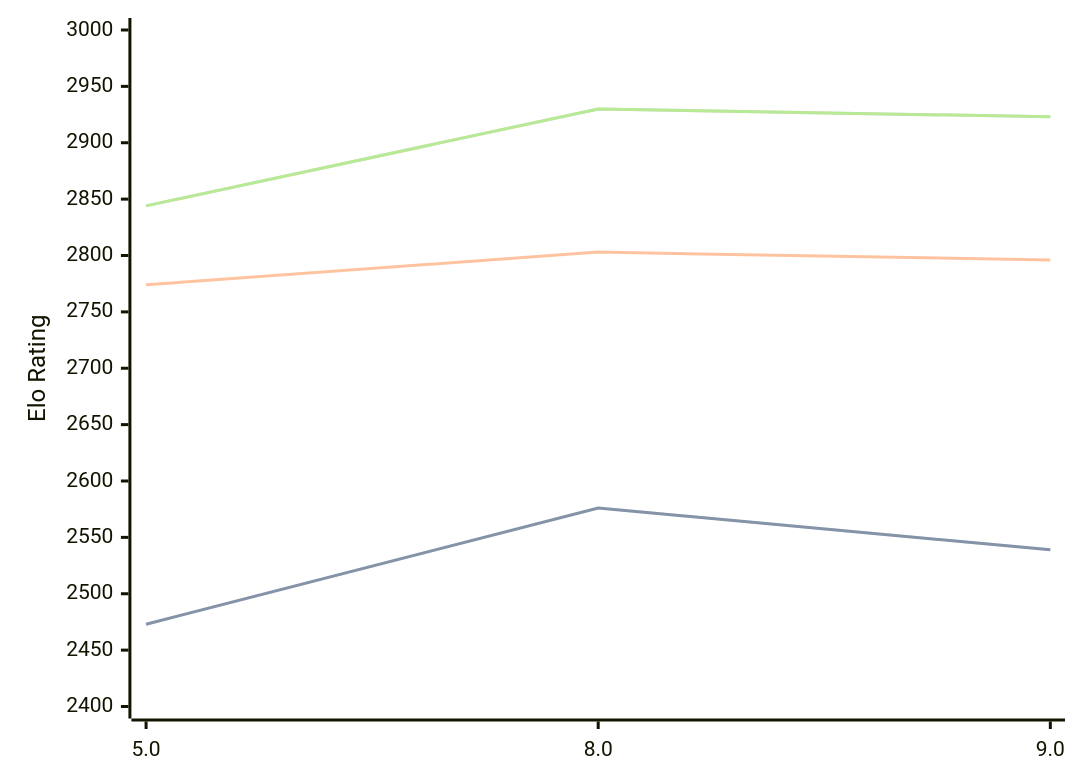
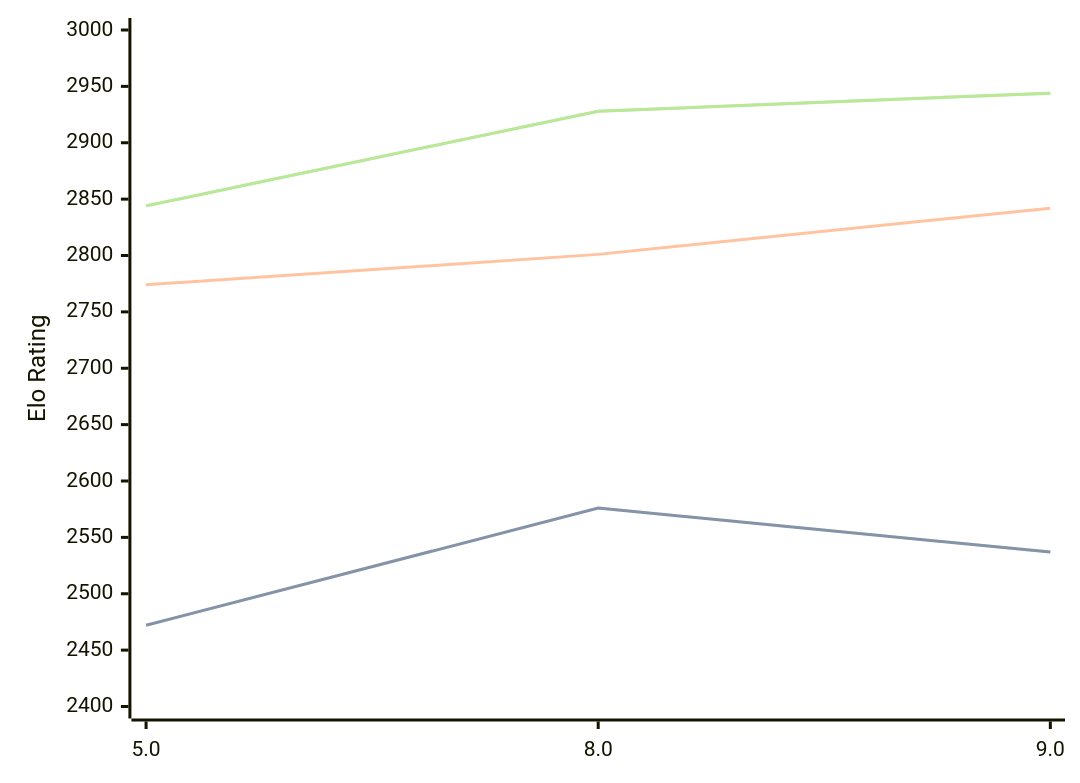
Before and after one commit to computer-chess-index/cci: the diagram in engines/4kc.md, drawn with Mermaid. The commit also changed other lines of this file, not shown here.

Commit message:
Update CCI Ratings (ELO VLTC) - 2026-06-10

````diff
--- a/engines/4kc.md
+++ b/engines/4kc.md
@@ -42,11 +42,11 @@
 ```mermaid
 %%{init: {"theme":"base","themeVariables":{"seriesColors:['#a3a3a3','#222221','#faa371']}}}%%
 xychart-beta
   x-axis ["5.0", "8.0", "9.0"]
   y-axis "Elo Rating" 2400 --> 3000
-  line "STC (8.0+0.08s)" [2473, 2576, 2539]
-  line "STC (8.0+0.08s)" [2473, 2576, 2539]
-  line "LTC (60.0+0.60s)" [2774, 2803, 2796]
-  line "VLTC (2m24s+1.12s)" [2844, 2930, 2923]
-  line "VLTC (2m24s+1.12s)" [2844, 2930, 2923]
+  line "STC (8.0+0.08s)" [2472, 2576, 2537]
+  line "STC (8.0+0.08s)" [2472, 2576, 2537]
+  line "LTC (60.0+0.60s)" [2774, 2801, 2842]
+  line "VLTC (2m24s+1.12s)" [2844, 2928, 2944]
+  line "VLTC (2m24s+1.12s)" [2844, 2928, 2944]
 ```
````
